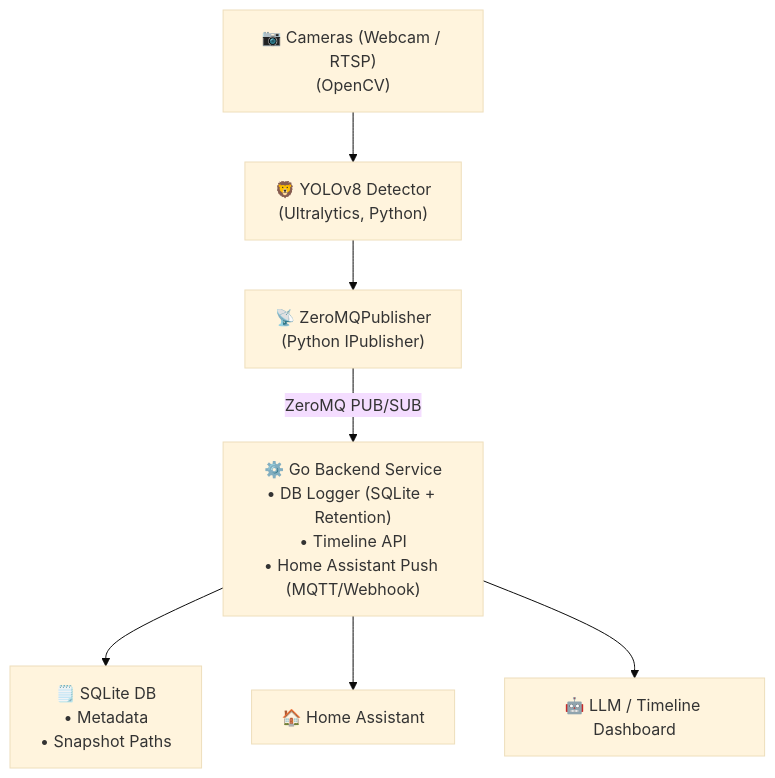
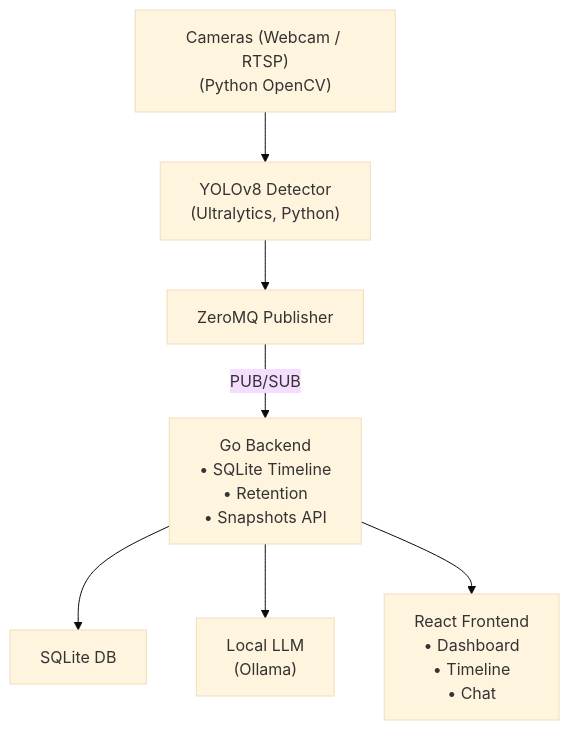
The diagram in README.md (Mrunmoy/chat-with-my-camera), drawn with Mermaid (base theme) before and after one commit. The commit also changed other lines of this file and 5 other files, not shown here.

````diff
--- a/README.md
+++ b/README.md
@@ -40,9 +29,10 @@
 ```mermaid
 flowchart TD
-    A["📷 Cameras (Webcam / RTSP)<br/>(OpenCV)"] --> B["🦁 YOLOv8 Detector<br/>(Ultralytics, Python)"]
-    B --> C["📡 ZeroMQPublisher<br/>(Python IPublisher)"]
-    C -->|"ZeroMQ PUB/SUB"| D["⚙️ Go Backend Service<br/>• DB Logger (SQLite + Retention)<br/>• Timeline API<br/>• Home Assistant Push (MQTT/Webhook)"]
-    D --> E["🗒️ SQLite DB<br/>• Metadata<br/>• Snapshot Paths"]
-    D --> F["🏠 Home Assistant"]
-    D --> G["🤖 LLM / Timeline Dashboard"]
+    A["Cameras (Webcam / RTSP)<br/>(Python OpenCV)"]
+    --> B["YOLOv8 Detector<br/>(Ultralytics, Python)"]
+    B --> C["ZeroMQ Publisher"]
+    C -->|"PUB/SUB"| D["Go Backend<br/>• SQLite Timeline<br/>• Retention<br/>• Snapshots API"]
+    D --> E["SQLite DB"]
+    D --> F["Local LLM<br/>(Ollama)"]
+    D --> G["React Frontend<br/>• Dashboard<br/>• Timeline<br/>• Chat"]
 ```
````
